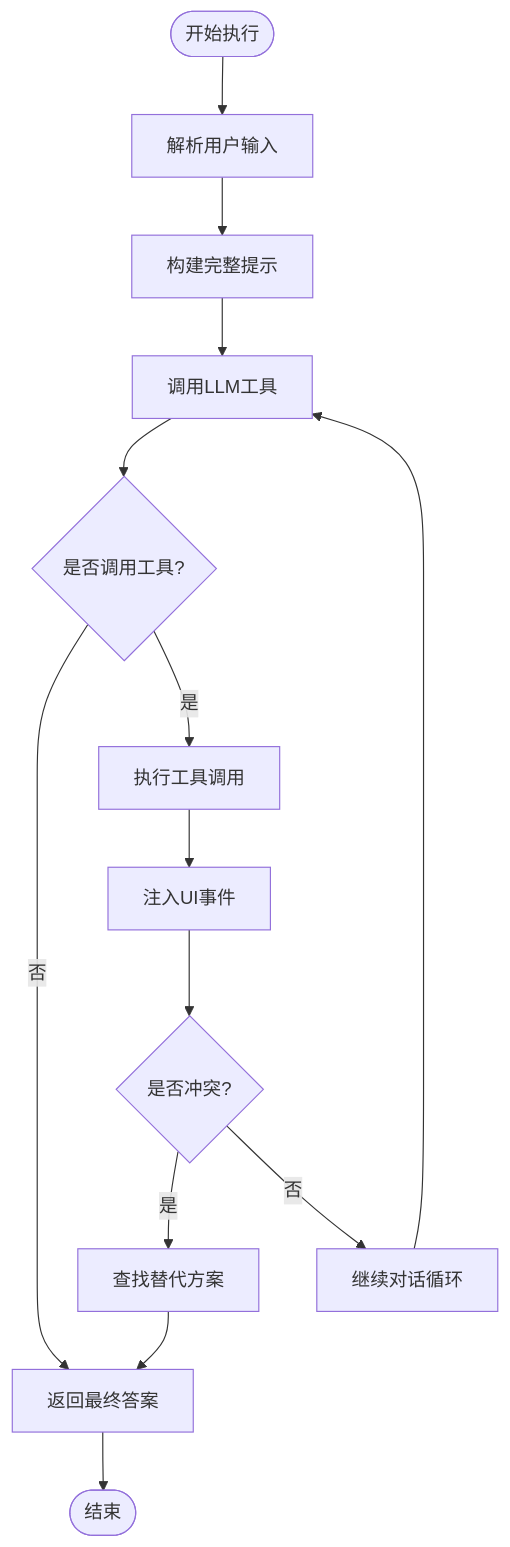
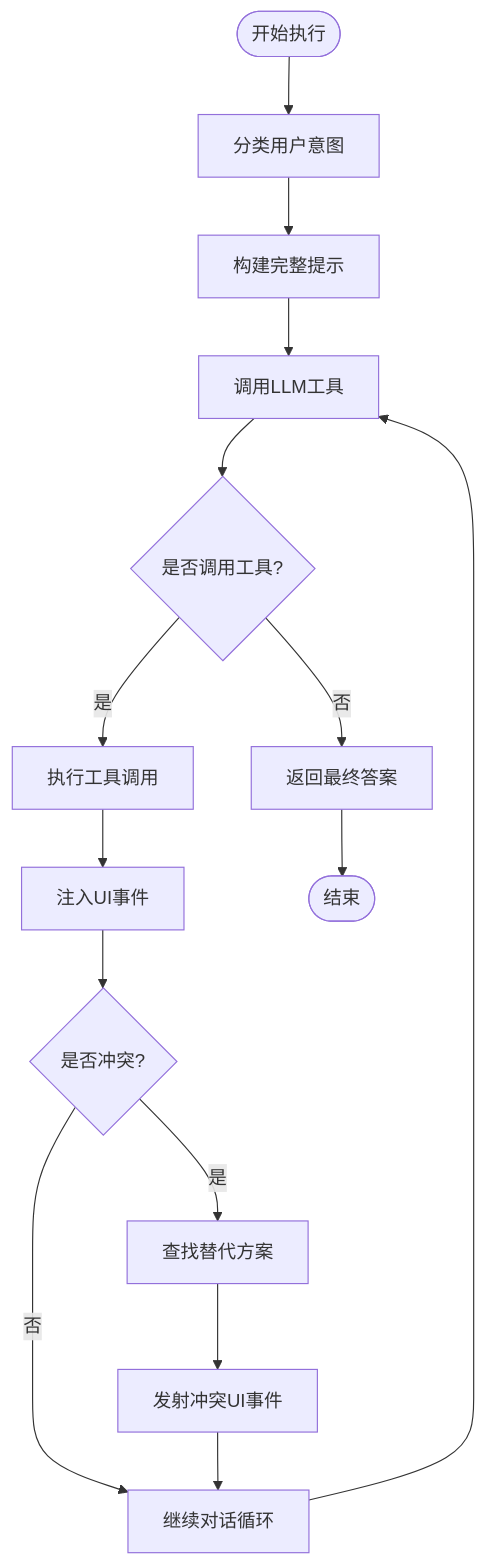
The fifth of 23 diagrams in .qoder/repowiki/zh/content/AI 增强系统/Parrot 多代理 AI 系统/Schedule Parrot 日程管理代理.md (hrygo/memos), drawn with Mermaid before and after one commit. The commit also changed other lines of this file and 29 other files, not shown here.

````diff
--- a/.qoder/repowiki/zh/content/AI 增强系统/Parrot 多代理 AI 系统/Schedule Parrot 日程管理代理.md
+++ b/.qoder/repowiki/zh/content/AI 增强系统/Parrot 多代理 AI 系统/Schedule Parrot 日程管理代理.md
@@ -258,16 +360,17 @@
 ```mermaid
 flowchart TD
-Start([开始执行]) --> ParseInput["解析用户输入"]
-ParseInput --> BuildPrompt["构建完整提示"]
+Start([开始执行]) --> ClassifyIntent["分类用户意图"]
+ClassifyIntent --> BuildPrompt["构建完整提示"]
 BuildPrompt --> CallLLM["调用LLM工具"]
 CallLLM --> CheckTool{"是否调用工具?"}
 CheckTool --> |否| ReturnAnswer["返回最终答案"]
 CheckTool --> |是| ExecuteTool["执行工具调用"]
 ExecuteTool --> InjectUI["注入UI事件"]
 InjectUI --> CheckConflict{"是否冲突?"}
 CheckConflict --> |是| FindAlternative["查找替代方案"]
 CheckConflict --> |否| ContinueLoop["继续对话循环"]
-FindAlternative --> ReturnAnswer
+FindAlternative --> EmitConflictUI["发射冲突UI事件"]
+EmitConflictUI --> ContinueLoop
 ContinueLoop --> CallLLM
 ReturnAnswer --> End([结束])
 ```
````
